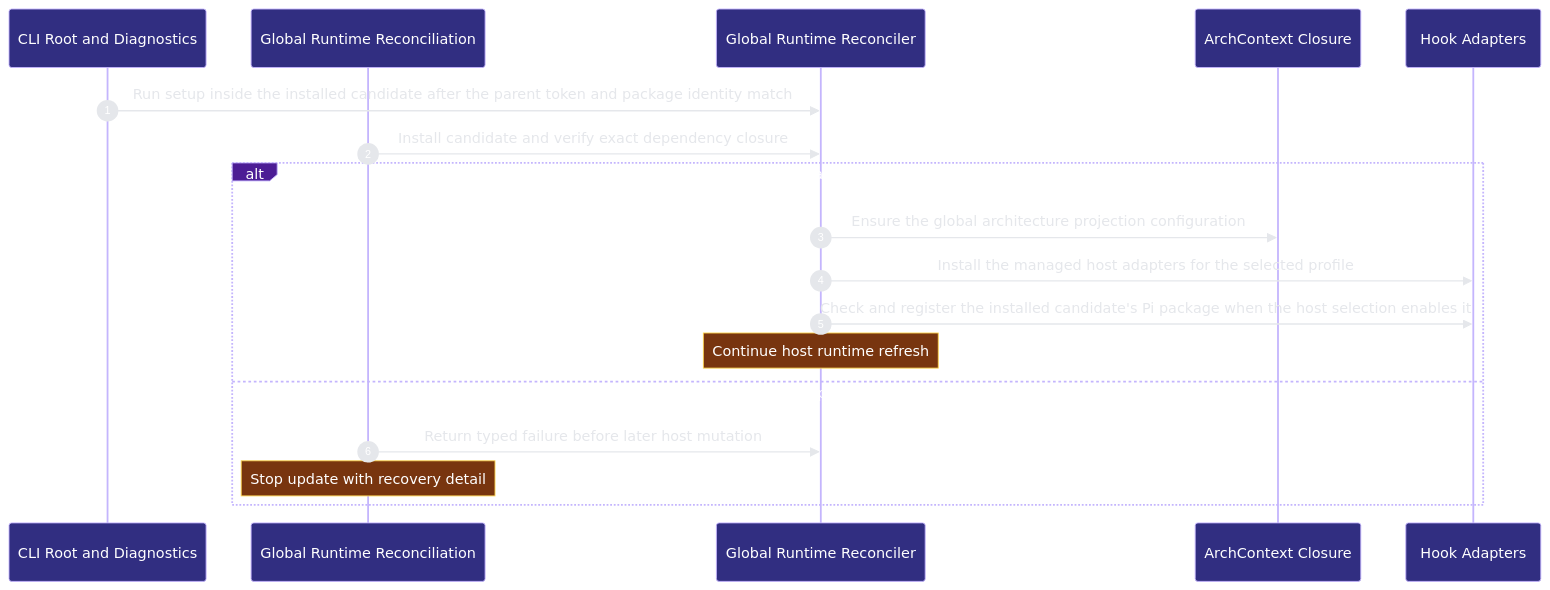
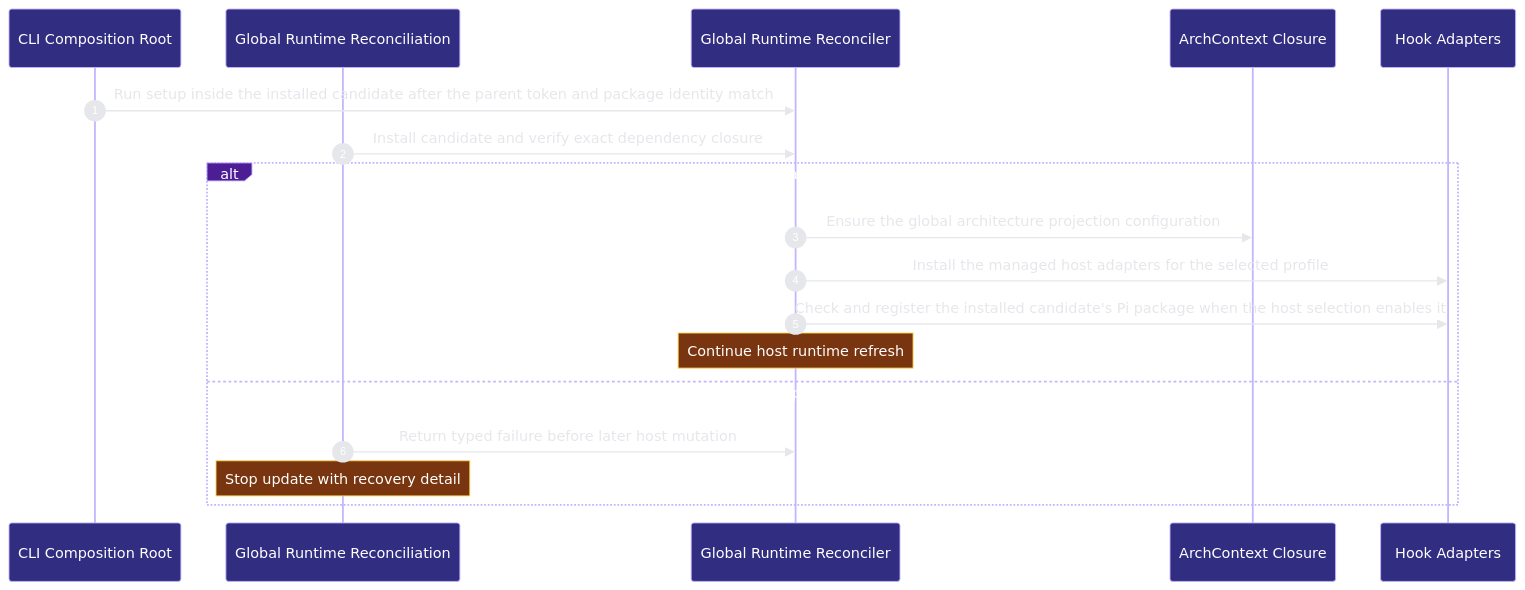
One commit to Ancienttwo/repo-harness changed the second of 2 diagrams in docs/architecture/modules/runtime-harness/global-runtime-reconciliation.md. Above: the diagram before and after it, drawn with Mermaid. The commit also changed other lines of this file and 20 other files, not shown here.

First line of the commit message:
chore(projection): refresh generated architecture outputs for main@a81f342c0eb6

````diff
--- a/docs/architecture/modules/runtime-harness/global-runtime-reconciliation.md
+++ b/docs/architecture/modules/runtime-harness/global-runtime-reconciliation.md
@@ -179,21 +194,21 @@
 ```mermaid
 %%{init: {"theme":"base","themeVariables":{"background":"#0d1117","actorBkg":"#312e81","actorBorder":"#c4b5fd","actorTextColor":"#ffffff","signalColor":"#e5e7eb","signalTextColor":"#e5e7eb","labelBoxBkgColor":"#4c1d95","labelBoxBorderColor":"#c4b5fd","labelTextColor":"#ffffff","noteBkgColor":"#78350f","noteBorderColor":"#fcd34d","noteTextColor":"#ffffff","sequenceNumberColor":"#ffffff"}}}%%
 sequenceDiagram
   autonumber
-  participant p2_cli_root_24d546ae as CLI Root and Diagnostics
+  participant p2_cli_root_24d546ae as CLI Composition Root
   participant p2_update_command_da52852b as Global Runtime Reconciliation
   participant p2_reconciler_93a3ce0f as Global Runtime Reconciler
   participant p2_archctx_closure_c0374f9d as ArchContext Closure
   participant p2_hook_adapters_e2a7f63a as Hook Adapters
   p2_cli_root_24d546ae->>p2_reconciler_93a3ce0f: Run setup inside the installed candidate after the parent token and package identity match
   p2_update_command_da52852b->>p2_reconciler_93a3ce0f: Install candidate and verify exact dependency closure
   alt Mandatory closure and selected profile tooling are ready
   p2_reconciler_93a3ce0f->>p2_archctx_closure_c0374f9d: Ensure the global architecture projection configuration
   p2_reconciler_93a3ce0f->>p2_hook_adapters_e2a7f63a: Install the managed host adapters for the selected profile
   p2_reconciler_93a3ce0f->>p2_hook_adapters_e2a7f63a: Check and register the installed candidate's Pi package when the host selection enables it
     Note over p2_reconciler_93a3ce0f: Continue host runtime refresh
   else Package or Node or capability or tooling readback failed
   p2_update_command_da52852b->>p2_reconciler_93a3ce0f: Return typed failure before later host mutation
     Note over p2_update_command_da52852b: Stop update with recovery detail
   end
 ```
````
